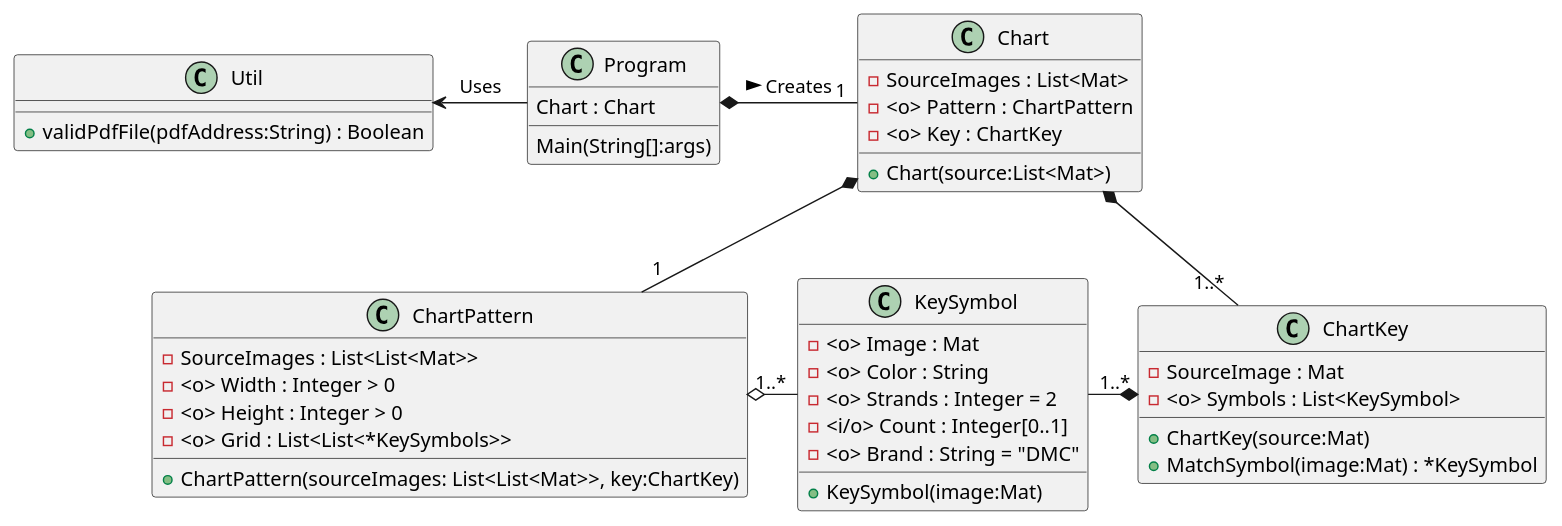
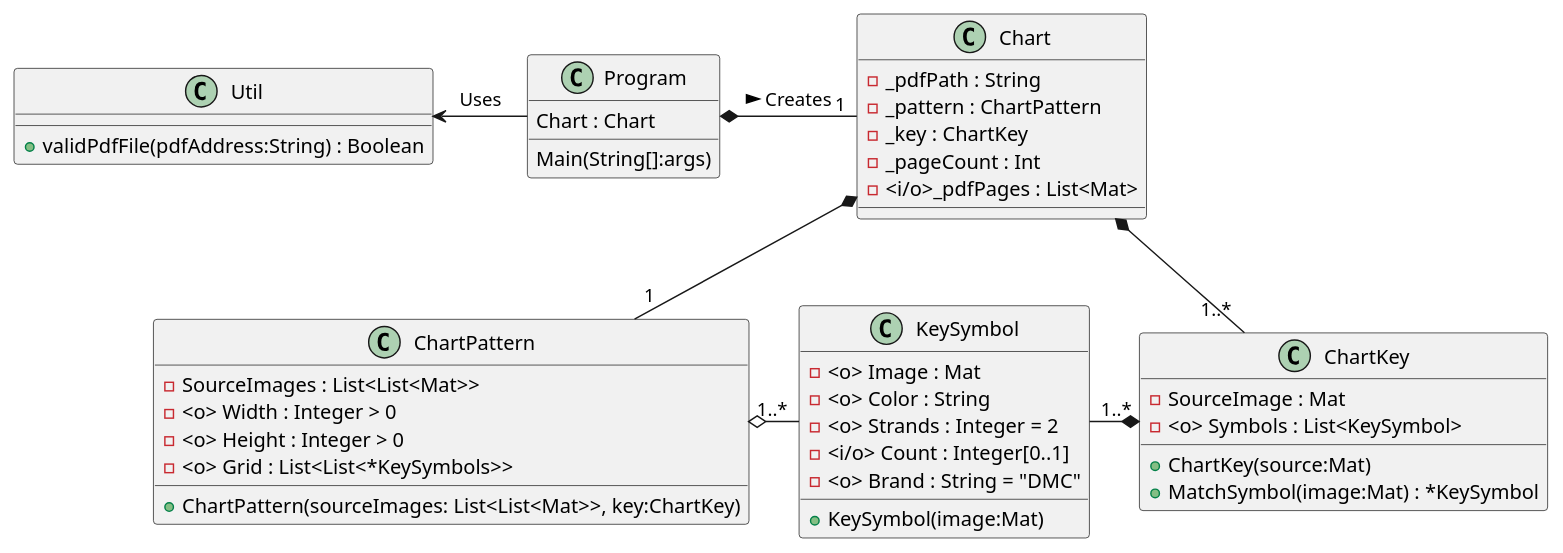
Before and after one commit to Badwolf369/PatternSeer: the diagram in doc/classes.md, drawn with PlantUML.

Commit message:
Update Chart in class diagram

```diff
--- a/doc/classes.md
+++ b/doc/classes.md
@@ -1,45 +1,47 @@
 @startuml
 class Program {
     Chart : Chart
     Main(String[]:args)
 }
 class Chart {
-    -SourceImages : List<Mat>
-    -<o> Pattern : ChartPattern
-    -<o> Key : ChartKey
-    +Chart(source:List<Mat>)
+    -_pdfPath : String
+    -_pattern : ChartPattern
+    -_key : ChartKey
+    -_pageCount : Int
+    -<i/o>_pdfPages : List<Mat>
+
 }
 class ChartPattern {
     -SourceImages : List<List<Mat>>
     -<o> Width : Integer > 0
     -<o> Height : Integer > 0
     -<o> Grid : List<List<*KeySymbols>>
     +ChartPattern(sourceImages: List<List<Mat>>, key:ChartKey)
 }
 class ChartKey {
     -SourceImage : Mat
     -<o> Symbols : List<KeySymbol>
     +ChartKey(source:Mat)
     +MatchSymbol(image:Mat) : *KeySymbol
 }
 class KeySymbol {
     -<o> Image : Mat
     -<o> Color : String
     -<o> Strands : Integer = 2
     -<i/o> Count : Integer[0..1]
     -<o> Brand : String = "DMC"
     +KeySymbol(image:Mat)
 }
 
 Chart "1" -l-* Program : < Creates
 ChartKey "1..*" -u-* Chart
 ChartPattern "1" -u-* Chart
 KeySymbol "1..*" -l-o ChartPattern
 KeySymbol "1..*" -r-* ChartKey
 
 class Util {
     +validPdfFile(pdfAddress:String) : Boolean
 }
 
 Program -l-> Util : Uses
 @enduml
```
